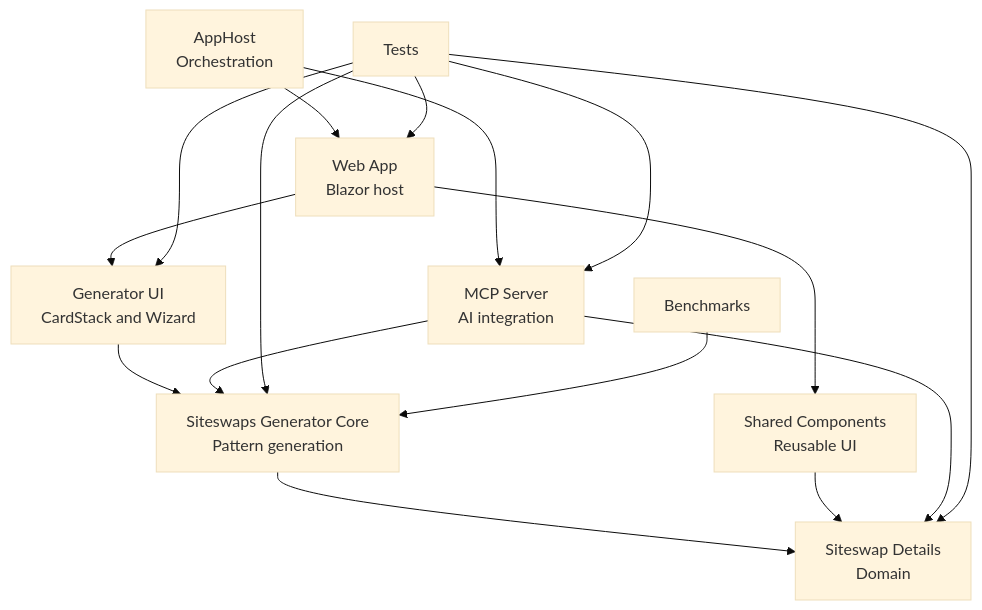
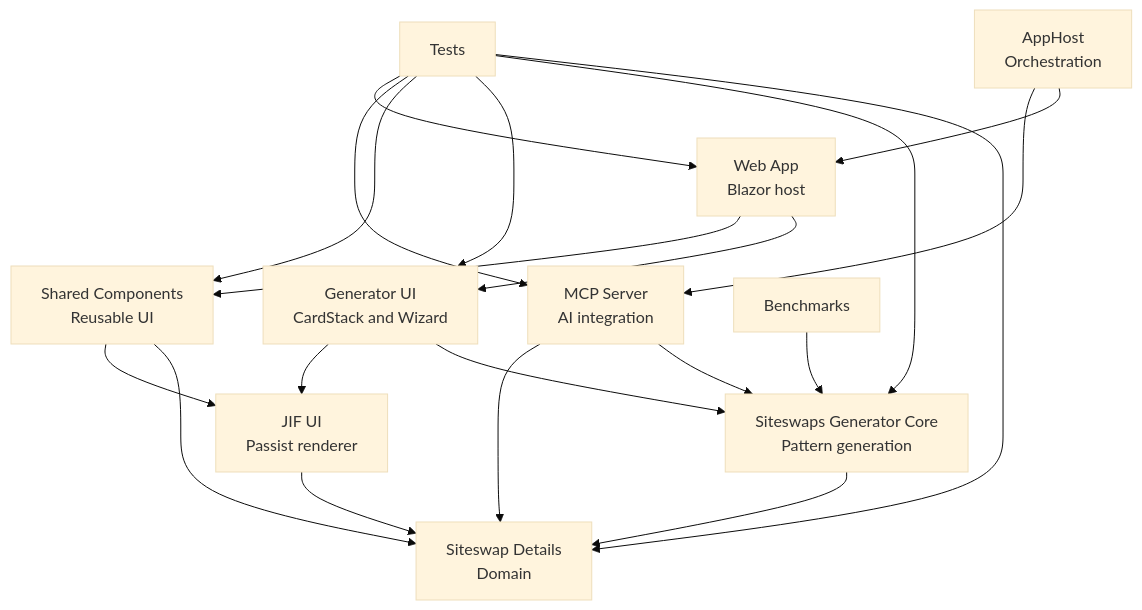
Before and after one commit to Sopor10/Juggling: the diagram in README.md, drawn with Mermaid (base theme). The commit also changed 73 other files, not shown here.

First line of the commit message:
Add JIF Passist support and orbit colors (#1330)

````diff
--- a/README.md
+++ b/README.md
@@ -10,28 +10,33 @@
 ```mermaid
 flowchart TD
     Domain["Siteswap Details<br/>Domain"]
     GeneratorCore["Siteswaps Generator Core<br/>Pattern generation"]
     GeneratorUI["Generator UI<br/>CardStack and Wizard"]
     SharedComponents["Shared Components<br/>Reusable UI"]
+    JifUI["JIF UI<br/>Passist renderer"]
     Mcp["MCP Server<br/>AI integration"]
     Web["Web App<br/>Blazor host"]
     Hosting["AppHost<br/>Orchestration"]
     Tests["Tests"]
     Benchmarks["Benchmarks"]
 
     GeneratorCore --> Domain
     GeneratorUI --> GeneratorCore
+    GeneratorUI --> JifUI
     SharedComponents --> Domain
+    SharedComponents --> JifUI
+    JifUI --> Domain
     Mcp --> GeneratorCore
     Mcp --> Domain
     Web --> GeneratorUI
     Web --> SharedComponents
     Hosting --> Web
     Hosting --> Mcp
     Tests --> Domain
     Tests --> GeneratorCore
     Tests --> GeneratorUI
+    Tests --> SharedComponents
     Tests --> Mcp
     Tests --> Web
     Benchmarks --> GeneratorCore
 ```
````
